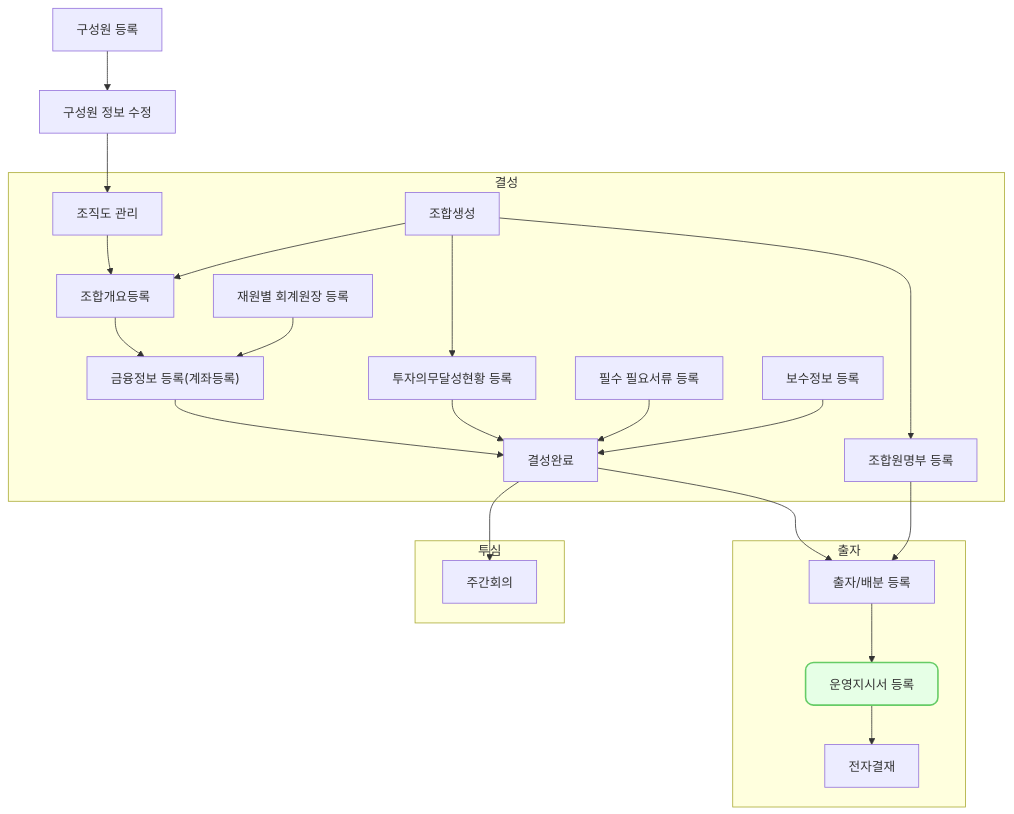
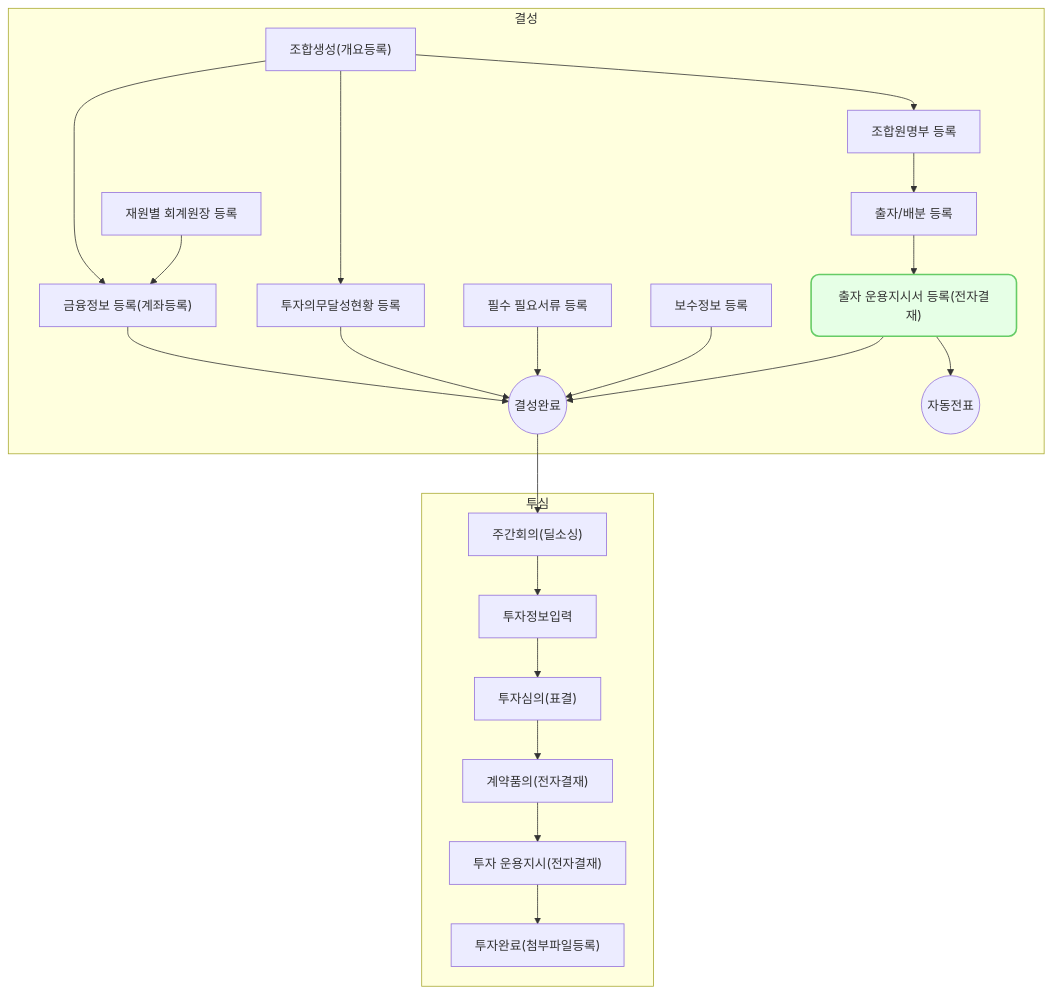
One commit to cotes2020/jekyll-theme-chirpy changed the diagram in _posts/2024-07-07-oi0002.md. Above: the diagram before and after it, drawn with Mermaid. The commit also changed 11 other files, not shown here.

Commit message:
다이어그램 일괄수정 중간 저장

````diff
--- a/_posts/2024-07-07-oi0002.md
+++ b/_posts/2024-07-07-oi0002.md
@@ -87,29 +87,22 @@
 ```mermaid
 flowchart TD
 
-        hr0001["구성원 등록"]
-        hr0002["구성원 정보 수정"]
-        hr0007["조직도 관리"]
-
-        hr0001 --> hr0002
-        hr0002 --> hr0007
-
     subgraph 결성["결성"]
-        fd0001["조합생성"]
-        fd0009["조합개요등록"]
+        fd0001["조합생성(개요등록)"]
+        %% fd0009["조합개요등록"]
         fd0010["투자의무달성현황 등록"]
         fd0011["조합원명부 등록"]
         fm0010["재원별 회계원장 등록"]
         fd0009a["금융정보 등록(계좌등록)"]
         fd0013["필수 필요서류 등록"]
         fd0012["보수정보 등록"]
-        fd0000["결성완료"]
+        fd0000(("결성완료"))
 
-        hr0007 --> fd0009
-        fd0001 --> fd0009
+        
+        %% fd0001 --> fd0001
         fd0001 --> fd0010
         fd0001 --> fd0011 
-        fd0009 --> fd0009a 
+        fd0001 --> fd0009a 
         fm0010 --> fd0009a
 
 
@@ -117,22 +110,34 @@
         fd0010-->fd0000
         fd0013-->fd0000
         fd0012-->fd0000
-    end
 
-    subgraph 출자["출자"]
         fd0006["출자/배분 등록"]
-        oi0002["운영지시서 등록"]
-        ed0001["전자결재"]
+        oi0002["출자 운용지시서 등록(전자결재)"]
+        fm0001a(("자동전표"))
 
-        fd0000 --> fd0006
+        %% fd0000 --> fd0006
         fd0011 --> fd0006
-        fd0006 --> oi0002 --> ed0001
+        fd0006 --> oi0002 
+        oi0002 --> fm0001a
+        oi0002 --> fd0000
 
     end
 
     subgraph 투자심의["투심"]
-        wr0003["주간회의"]
+        wr0003["주간회의(딜소싱)"]
+        vs0003["투자정보입력"]
+        vs0006["투자심의(표결)"]
+        ed0001a["계약품의(전자결재)"]
+        oi0003["투자 운용지시(전자결재)"]
+        vs0009["투자완료(첨부파일등록)"]
+
+        
         fd0000 --> wr0003
+        wr0003 --> vs0003
+        vs0003 --> vs0006
+        vs0006 --> ed0001a
+        ed0001a --> oi0003
+        oi0003 --> vs0009
 
     end
 
@@ -152,7 +157,22 @@
 click fd0012 "{% post_url 2024-07-06-fd0012 %}" " "
 click fd0006 "{% post_url 2024-07-07-fd0006 %}" " "
 click oi0002 "{% post_url 2024-07-07-oi0002 %}" " "
-
+click wr0003 "{% post_url 2024-07-09-wr0003 %}" " "
+click vs0003 "{% post_url 2024-07-10-vs0003 %}" " "
+click vs0006 "{% post_url 2024-07-11-vs0006 %}" " "
+click ed0001a "{% post_url 2024-07-12-ed0001a %}" " "
+click oi0003 "{% post_url 2024-07-13-oi0003 %}" " "
+click vs0009 "{% post_url 2024-07-14-vs0009 %}" " "
+click pm0001 "{% post_url 2024-07-15-pm0001 %}" " "
+click pm0004 "{% post_url 2024-07-16-pm0004 %}" " "
+click fm0002 "{% post_url 2024-07-17-fm0002 %}" " "
+click ex0001 "{% post_url 2024-07-18-ex0001 %}" " "
+click oi0001 "{% post_url 2024-07-19-oi0001 %}" " "
+click ex0007 "{% post_url 2024-07-20-ex0007 %}" " "
+click ex0009 "{% post_url 2024-07-21-ex0009 %}" " "
+click ex0009a "{% post_url 2024-07-22-ex0009 %}" " "
+click fm0002a "{% post_url 2024-07-23-fm0002 %}" " "
 
 style oi0002 fill:#e6ffe6,stroke:#66cc66,stroke-width:2px,rx:10,ry:10,color:#333333,fontColor:#333333
+
 ```
````
